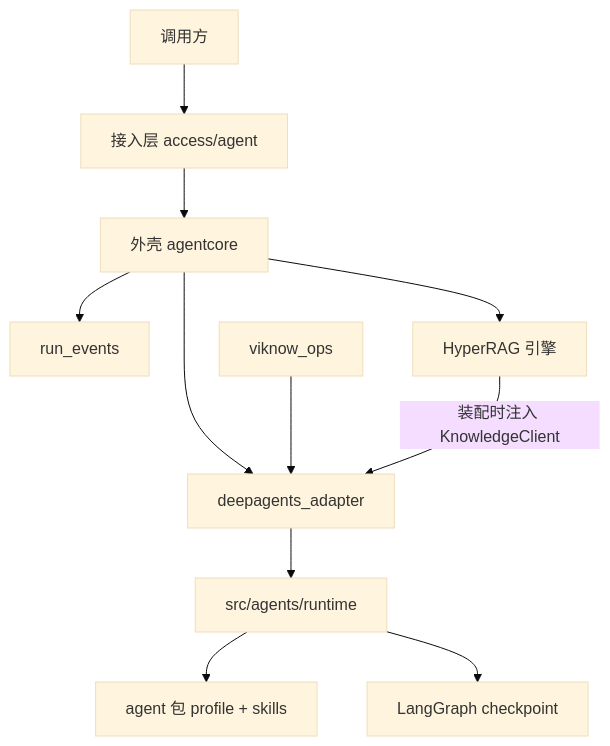
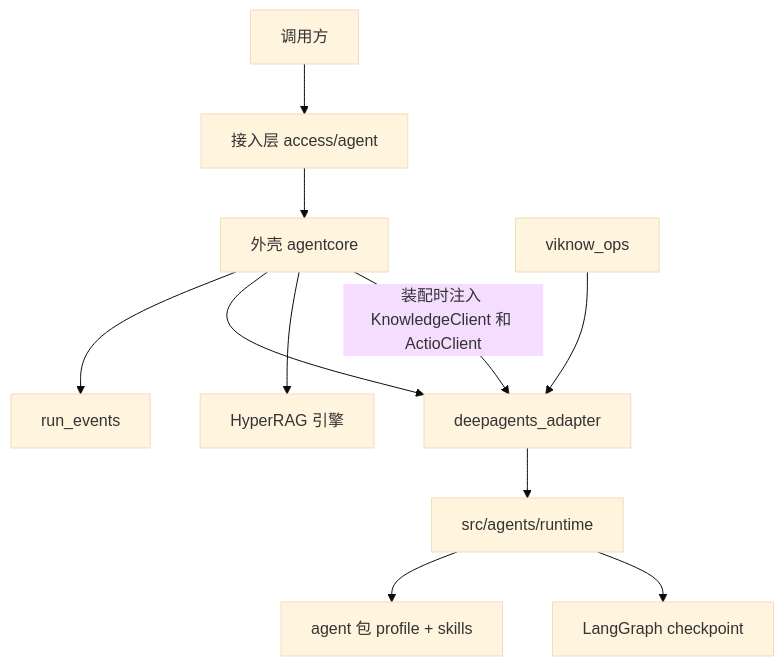
Before and after one commit to bigwubro/viknow-cloud-agent-bridge: the first of 3 diagrams in viknow3-work/docs/agent/runtime.md, drawn with Mermaid (base theme). The commit also changed other lines of this file and 30 other files, not shown here.

First line of the commit message:
Route Actio through an injected client.

````diff
--- a/viknow3-work/docs/agent/runtime.md
+++ b/viknow3-work/docs/agent/runtime.md
@@ -15,22 +15,22 @@
 ```mermaid
 flowchart TB
   caller["调用方"]
   access["接入层 access/agent"]
   shell["外壳 agentcore"]
   events["run_events"]
   adapter["deepagents_adapter"]
   runtime["src/agents/runtime"]
   pkg["agent 包 profile + skills"]
   ckpt["LangGraph checkpoint"]
   ops["viknow_ops"]
   engine["HyperRAG 引擎"]
 
   caller --> access --> shell
   shell --> events
   shell --> adapter --> runtime
   runtime --> pkg
   runtime --> ckpt
   ops --> adapter
   shell --> engine
-  engine -->|"装配时注入 KnowledgeClient"| adapter
+  shell -->|"装配时注入 KnowledgeClient 和 ActioClient"| adapter
 ```
````
